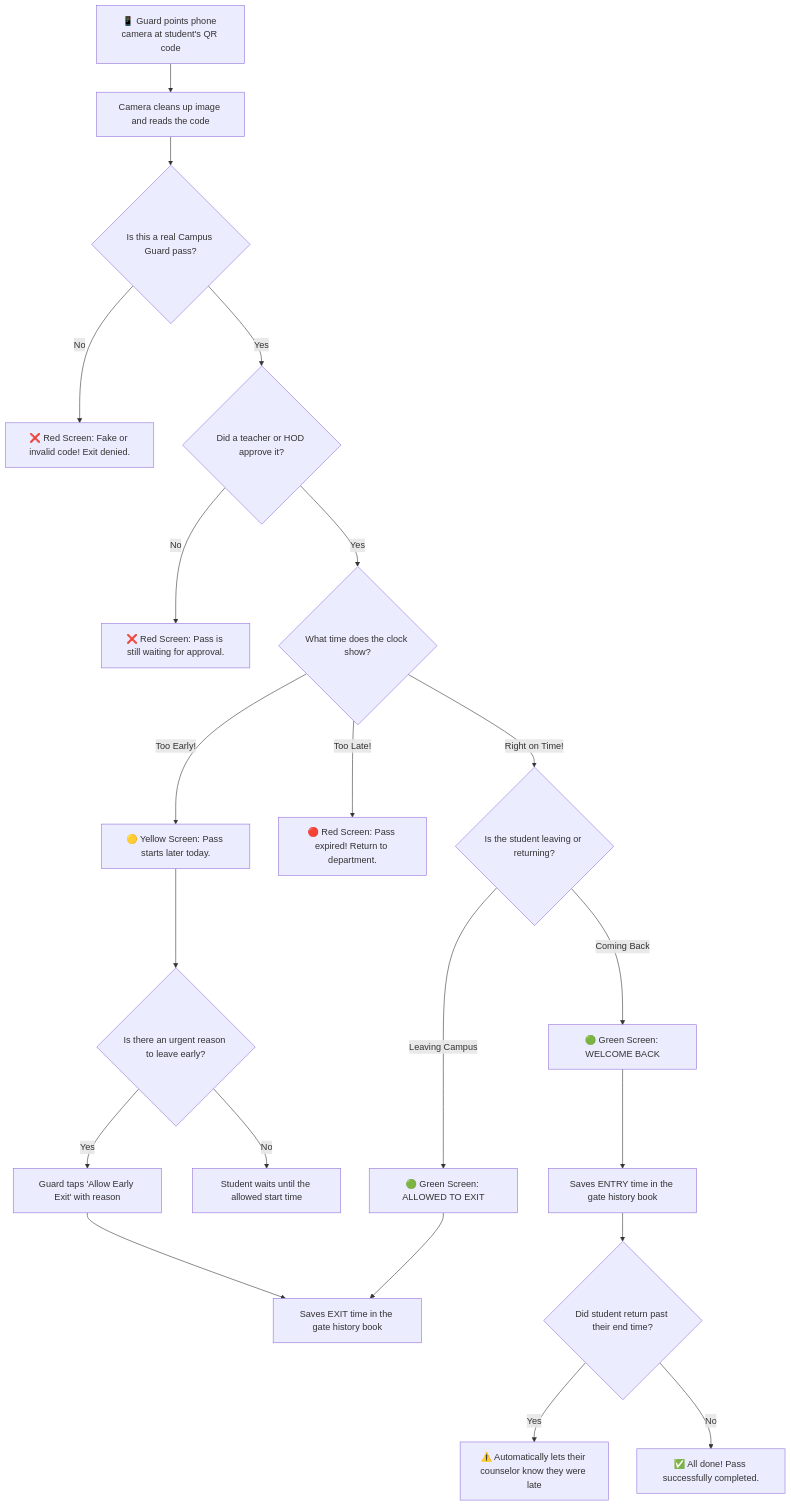
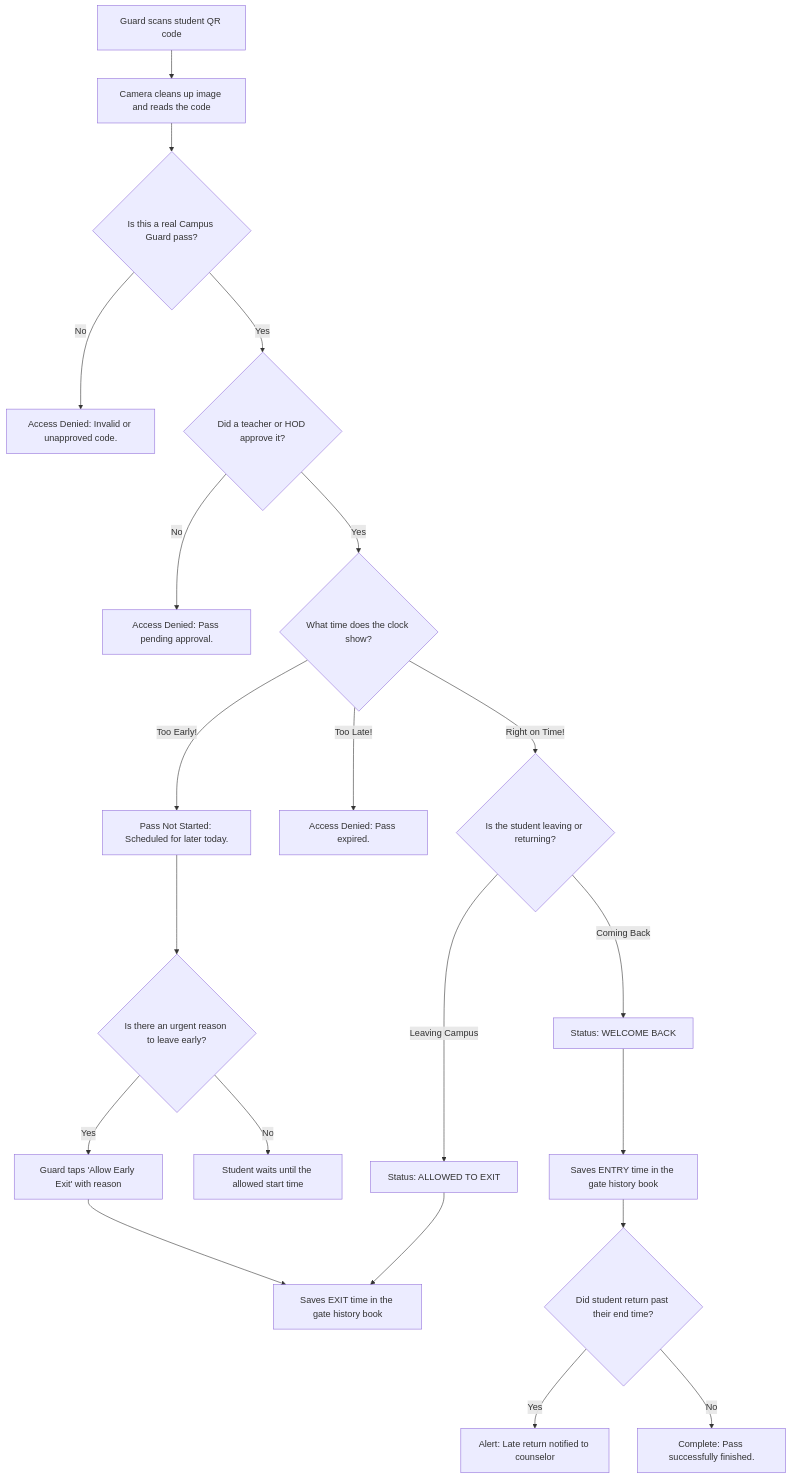
One commit to harsha-perfect-solutions/Campus-Patrol changed the sixth of 9 diagrams in PROJECT_DOCUMENTATION.md. Above: the diagram before and after it, drawn with Mermaid. The commit also changed other lines of this file and 57 other files, not shown here.

````diff
--- a/PROJECT_DOCUMENTATION.md
+++ b/PROJECT_DOCUMENTATION.md
@@ -278,31 +278,31 @@
 ```mermaid
 flowchart TD
-    Scan["📱 Guard points phone camera at student's QR code"] --> Read["Camera cleans up image and reads the code"]
+    Scan["Guard scans student QR code"] --> Read["Camera cleans up image and reads the code"]
     Read --> CheckExists{"Is this a real Campus Guard pass?"}
     
-    CheckExists -- "No" --> Fake["❌ Red Screen: Fake or invalid code! Exit denied."]
+    CheckExists -- "No" --> Fake["Access Denied: Invalid or unapproved code."]
     CheckExists -- "Yes" --> CheckApproved{"Did a teacher or HOD approve it?"}
     
-    CheckApproved -- "No" --> NotReady["❌ Red Screen: Pass is still waiting for approval."]
+    CheckApproved -- "No" --> NotReady["Access Denied: Pass pending approval."]
     CheckApproved -- "Yes" --> CheckClock{"What time does the clock show?"}
     
-    CheckClock -- "Too Early!" --> Early["🟡 Yellow Screen: Pass starts later today."]
+    CheckClock -- "Too Early!" --> Early["Pass Not Started: Scheduled for later today."]
     Early --> EarlyChoice{"Is there an urgent reason to leave early?"}
     EarlyChoice -- "Yes" --> Override["Guard taps 'Allow Early Exit' with reason"]
     EarlyChoice -- "No" --> Wait["Student waits until the allowed start time"]
     
-    CheckClock -- "Too Late!" --> Expired["🔴 Red Screen: Pass expired! Return to department."]
+    CheckClock -- "Too Late!" --> Expired["Access Denied: Pass expired."]
     
     CheckClock -- "Right on Time!" --> Direction{"Is the student leaving or returning?"}
     
-    Direction -- "Leaving Campus" --> ExitGreen["🟢 Green Screen: ALLOWED TO EXIT"]
-    Direction -- "Coming Back" --> EntryGreen["🟢 Green Screen: WELCOME BACK"]
+    Direction -- "Leaving Campus" --> ExitGreen["Status: ALLOWED TO EXIT"]
+    Direction -- "Coming Back" --> EntryGreen["Status: WELCOME BACK"]
     
     ExitGreen --> LogExit["Saves EXIT time in the gate history book"]
     Override --> LogExit
     EntryGreen --> LogEntry["Saves ENTRY time in the gate history book"]
     
     LogEntry --> LateCheck{"Did student return past their end time?"}
-    LateCheck -- "Yes" --> AlertMentor["⚠️ Automatically lets their counselor know they were late"]
-    LateCheck -- "No" --> Done["✅ All done! Pass successfully completed."]
+    LateCheck -- "Yes" --> AlertMentor["Alert: Late return notified to counselor"]
+    LateCheck -- "No" --> Done["Complete: Pass successfully finished."]
 ```
````
